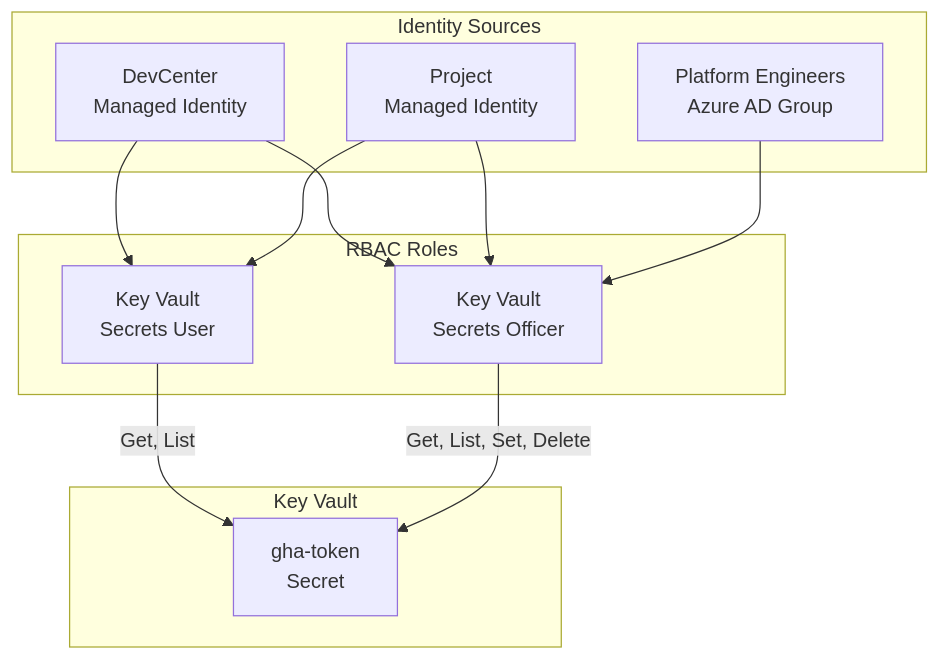
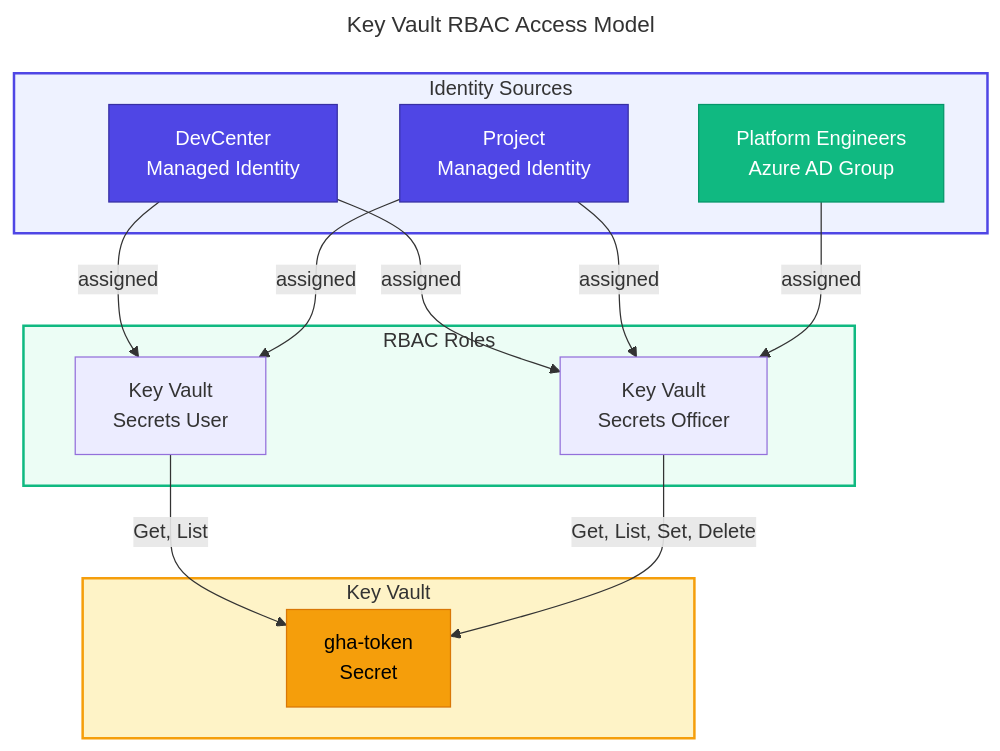
Before and after one commit to Evilazaro/DevExp-DevBox: the sixth of 13 diagrams in docs/architecture/02-data-architecture.md, drawn with Mermaid. The commit also changed other lines of this file, not shown here.

Commit message:
Refactor data architecture documentation to enhance clarity and detail in diagrams and relationships

````diff
--- a/docs/architecture/02-data-architecture.md
+++ b/docs/architecture/02-data-architecture.md
@@ -351,26 +369,48 @@
 ```mermaid
+---
+title: Key Vault RBAC Access Model
+---
 flowchart TD
+    %% ===== STYLE DEFINITIONS =====
+    classDef primary fill:#4F46E5,stroke:#3730A3,color:#FFFFFF
+    classDef secondary fill:#10B981,stroke:#059669,color:#FFFFFF
+    classDef datastore fill:#F59E0B,stroke:#D97706,color:#000000
+
+    %% ===== IDENTITY SOURCES =====
     subgraph Identity["Identity Sources"]
-        DC_MI[DevCenter<br/>Managed Identity]
-        PROJ_MI[Project<br/>Managed Identity]
-        ADMIN[Platform Engineers<br/>Azure AD Group]
+        DC_MI["DevCenter<br/>Managed Identity"]
+        PROJ_MI["Project<br/>Managed Identity"]
+        ADMIN["Platform Engineers<br/>Azure AD Group"]
     end
 
+    %% ===== KEY VAULT =====
     subgraph KV["Key Vault"]
-        SECRET[gha-token<br/>Secret]
+        SECRET["gha-token<br/>Secret"]
     end
 
+    %% ===== RBAC ROLES =====
     subgraph Roles["RBAC Roles"]
-        R1[Key Vault<br/>Secrets User]
-        R2[Key Vault<br/>Secrets Officer]
+        R1["Key Vault<br/>Secrets User"]
+        R2["Key Vault<br/>Secrets Officer"]
     end
 
-    DC_MI --> R1
-    DC_MI --> R2
-    PROJ_MI --> R1
-    PROJ_MI --> R2
-    ADMIN --> R2
+    %% ===== CONNECTIONS =====
+    DC_MI -->|"assigned"| R1
+    DC_MI -->|"assigned"| R2
+    PROJ_MI -->|"assigned"| R1
+    PROJ_MI -->|"assigned"| R2
+    ADMIN -->|"assigned"| R2
 
-    R1 --> |Get, List| SECRET
-    R2 --> |Get, List, Set, Delete| SECRET
+    R1 -->|"Get, List"| SECRET
+    R2 -->|"Get, List, Set, Delete"| SECRET
+
+    %% ===== APPLY STYLES =====
+    class DC_MI,PROJ_MI primary
+    class ADMIN secondary
+    class SECRET datastore
+
+    %% ===== SUBGRAPH STYLING =====
+    style Identity fill:#EEF2FF,stroke:#4F46E5,stroke-width:2px
+    style KV fill:#FEF3C7,stroke:#F59E0B,stroke-width:2px
+    style Roles fill:#ECFDF5,stroke:#10B981,stroke-width:2px
 ```
````
